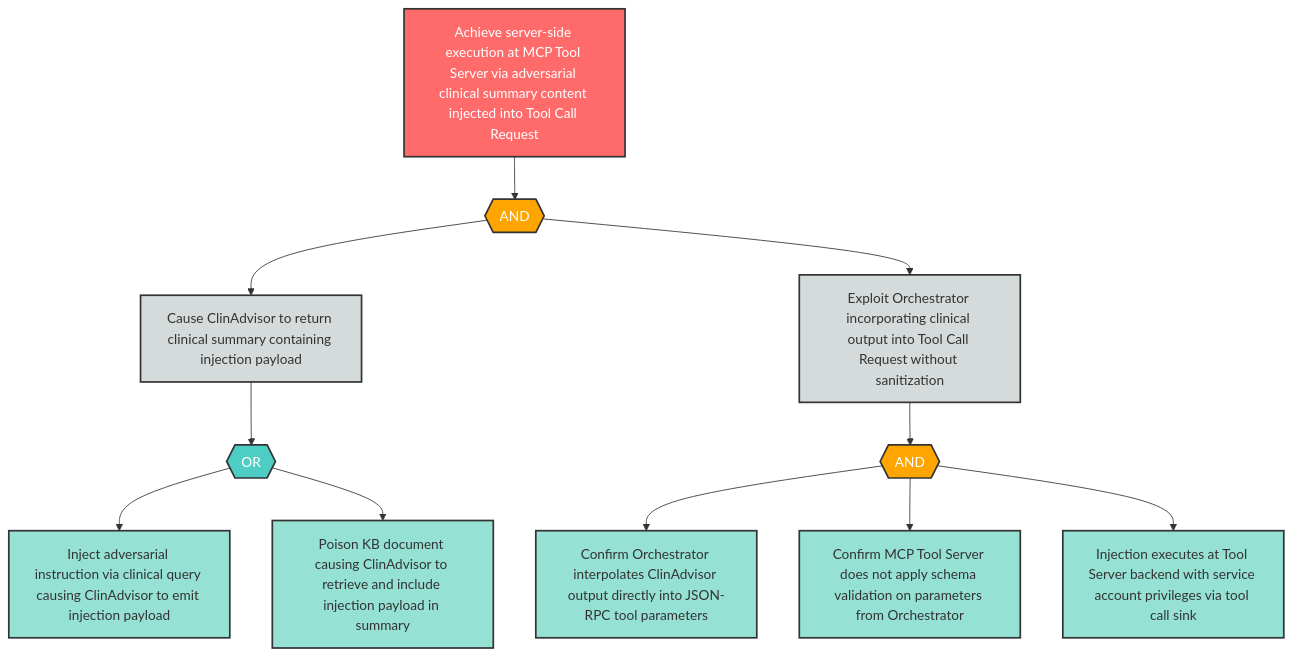
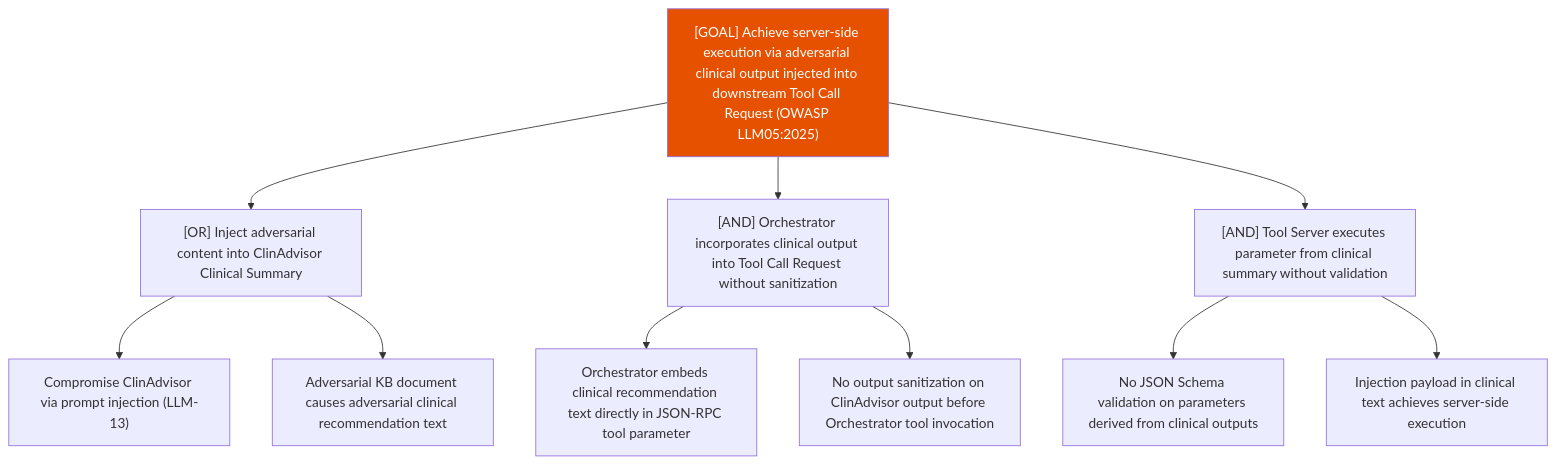
One commit to q-qp-p/davidmatousek-tachi changed the diagram in examples/agentic-app/sample-report/attack-trees/oi-4-attack-tree.md. Above: the diagram before and after it, drawn with Mermaid. The commit also changed other lines of this file and 132 other files, not shown here.

````diff
--- a/examples/agentic-app/sample-report/attack-trees/oi-4-attack-tree.md
+++ b/examples/agentic-app/sample-report/attack-trees/oi-4-attack-tree.md
@@ -8,37 +7,15 @@
 ```mermaid
-flowchart TD
-    OI4_root["Achieve server-side execution at MCP Tool Server via adversarial clinical summary content injected into Tool Call Request"]
-    OI4_and1{{"AND"}}
-    OI4_sub1["Cause ClinAdvisor to return clinical summary containing injection payload"]
-    OI4_sub2["Exploit Orchestrator incorporating clinical output into Tool Call Request without sanitization"]
-    OI4_or1{{"OR"}}
-    OI4_leaf1["Inject adversarial instruction via clinical query causing ClinAdvisor to emit injection payload"]
-    OI4_leaf2["Poison KB document causing ClinAdvisor to retrieve and include injection payload in summary"]
-    OI4_and2{{"AND"}}
-    OI4_leaf3["Confirm Orchestrator interpolates ClinAdvisor output directly into JSON-RPC tool parameters"]
-    OI4_leaf4["Confirm MCP Tool Server does not apply schema validation on parameters from Orchestrator"]
-    OI4_leaf5["Injection executes at Tool Server backend with service account privileges via tool call sink"]
-
-    OI4_root --> OI4_and1
-    OI4_and1 --> OI4_sub1
-    OI4_and1 --> OI4_sub2
-    OI4_sub1 --> OI4_or1
-    OI4_or1 --> OI4_leaf1
-    OI4_or1 --> OI4_leaf2
-    OI4_sub2 --> OI4_and2
-    OI4_and2 --> OI4_leaf3
-    OI4_and2 --> OI4_leaf4
-    OI4_and2 --> OI4_leaf5
-
-    classDef goal fill:#ff6b6b,stroke:#333,stroke-width:2px,color:#fff
-    classDef andGate fill:#ffa500,stroke:#333,stroke-width:2px,color:#fff
-    classDef orGate fill:#4ecdc4,stroke:#333,stroke-width:2px,color:#fff
-    classDef subGoal fill:#d5dbdb,stroke:#333,stroke-width:2px,color:#333
-    classDef leaf fill:#95e1d3,stroke:#333,stroke-width:2px,color:#333
-
-    class OI4_root goal
-    class OI4_and1,OI4_and2 andGate
-    class OI4_or1 orGate
-    class OI4_sub1,OI4_sub2 subGoal
-    class OI4_leaf1,OI4_leaf2,OI4_leaf3,OI4_leaf4,OI4_leaf5 leaf
+graph TD
+    Goal["[GOAL] Achieve server-side execution via adversarial clinical output injected into downstream Tool Call Request (OWASP LLM05:2025)"]
+    Goal --> A["[OR] Inject adversarial content into ClinAdvisor Clinical Summary"]
+    A --> A1["Compromise ClinAdvisor via prompt injection (LLM-13)"]
+    A --> A2["Adversarial KB document causes adversarial clinical recommendation text"]
+    Goal --> B["[AND] Orchestrator incorporates clinical output into Tool Call Request without sanitization"]
+    B --> B1["Orchestrator embeds clinical recommendation text directly in JSON-RPC tool parameter"]
+    B --> B2["No output sanitization on ClinAdvisor output before Orchestrator tool invocation"]
+    Goal --> C["[AND] Tool Server executes parameter from clinical summary without validation"]
+    C --> C1["No JSON Schema validation on parameters derived from clinical outputs"]
+    C --> C2["Injection payload in clinical text achieves server-side execution"]
+    classDef high fill:#e65100,color:#fff
+    class Goal high
 ```
````
